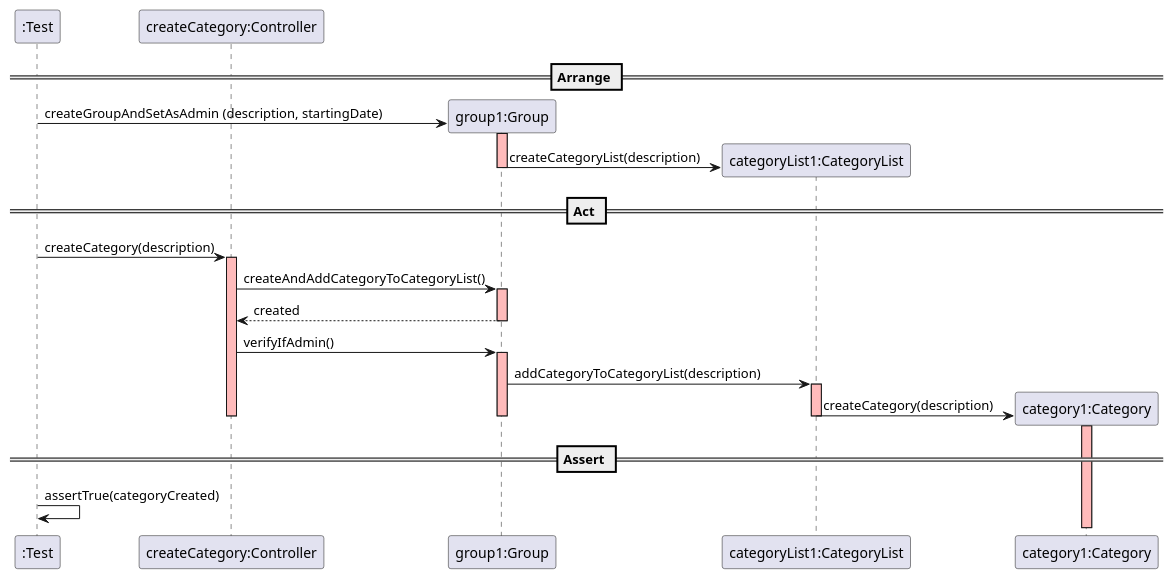
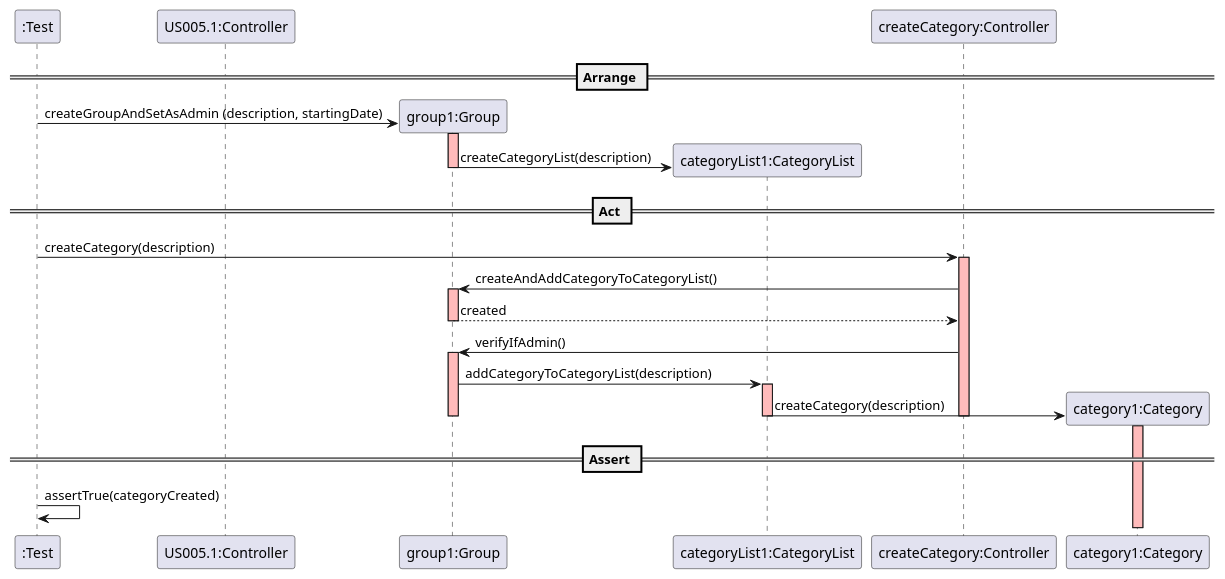
One commit to mleitaoribeiro/DevOpsMaven changed the diagram in docs/SequenceDiagram - US005.1.puml. Above: the diagram before and after it, drawn with PlantUML.

Commit message:
ref#401: Sequence Diagram - US005.1, reanalyzed

```diff
--- a/docs/SequenceDiagram - US005.1.puml
+++ b/docs/SequenceDiagram - US005.1.puml
@@ -1,46 +1,46 @@
 @startuml
 create ":Test"
 
 == Arrange ==
-create "createCategory:Controller"
+create "US005.1:Controller"
 create "group1:Group"
 ":Test" -> "group1:Group" : createGroupAndSetAsAdmin (description, startingDate)
 activate "group1:Group" #FFBBBB
 create "categoryList1:CategoryList"
 "group1:Group" -> "categoryList1:CategoryList" :  createCategoryList(description)
 deactivate "group1:Group" #FFBBBB
 
 
 
 
 
 == Act ==
 ":Test" -> "createCategory:Controller" : createCategory(description)
 activate "createCategory:Controller" #FFBBBB
 
 "createCategory:Controller" -> "group1:Group" : createAndAddCategoryToCategoryList()
 activate "group1:Group" #FFBBBB
 "group1:Group" -->"createCategory:Controller" :created
 deactivate "group1:Group" #FFBBBB
 "createCategory:Controller" -> "group1:Group" : verifyIfAdmin()
 activate "group1:Group" #FFBBBB
 
 "group1:Group" -> "categoryList1:CategoryList" : addCategoryToCategoryList(description)
 activate "categoryList1:CategoryList" #FFBBBB
 
 create "category1:Category"
 "categoryList1:CategoryList" -> "category1:Category"  : createCategory(description)
 activate "category1:Category" #FFBBBB
 
 deactivate "createCategory:Controller" #FFBBBB
 deactivate "group1:Group" #FFBBBB
 deactivate "categoryList1:CategoryList"
 deactivate "category1:Category"
 
 
 
 
 
 == Assert ==
 ":Test" -> ":Test" : assertTrue(categoryCreated)
 @enduml
```
